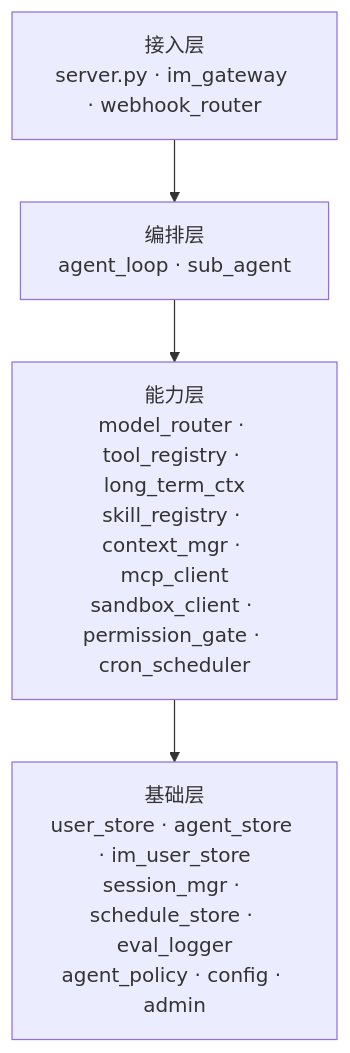
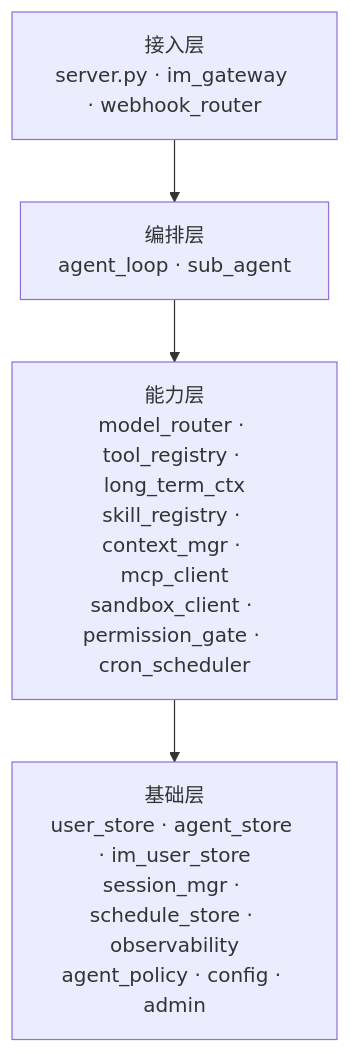
The first of 5 diagrams in docs/architecture.md (Summy2104/fleetent), drawn with Mermaid before and after one commit. The commit also changed other lines of this file and 18 other files, not shown here.

Commit message:
docs(observability): define sqlite agent traces

````diff
--- a/docs/architecture.md
+++ b/docs/architecture.md
@@ -17,9 +17,9 @@
 ```mermaid
 graph TD
     A["接入层\nserver.py · im_gateway · webhook_router"]
     B["编排层\nagent_loop · sub_agent"]
     C["能力层\nmodel_router · tool_registry · long_term_ctx\nskill_registry · context_mgr · mcp_client\nsandbox_client · permission_gate · cron_scheduler"]
-    D["基础层\nuser_store · agent_store · im_user_store\nsession_mgr · schedule_store · eval_logger\nagent_policy · config · admin"]
+    D["基础层\nuser_store · agent_store · im_user_store\nsession_mgr · schedule_store · observability\nagent_policy · config · admin"]
 
     A --> B --> C --> D
 ```
````
